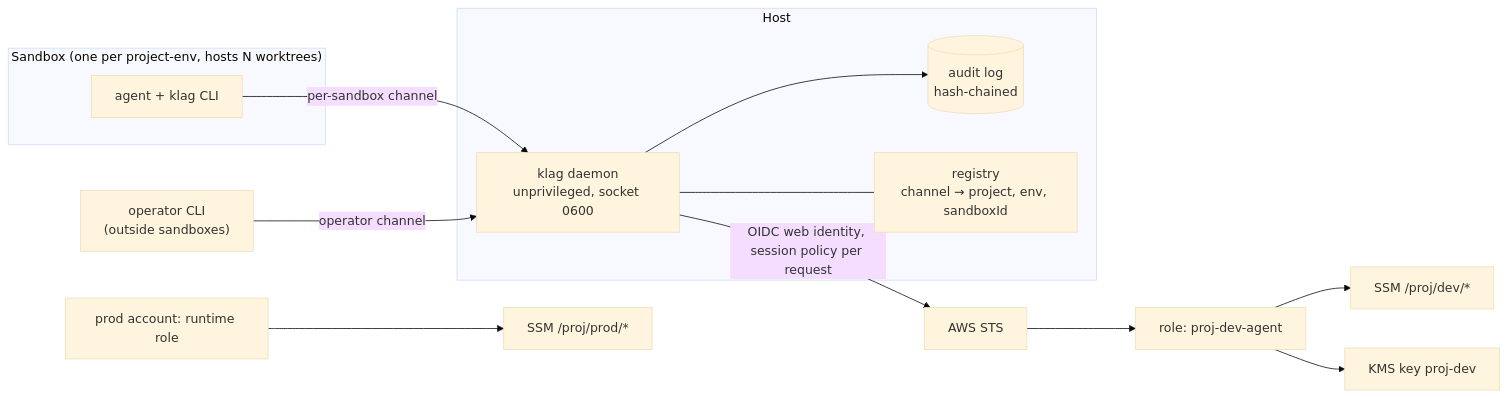
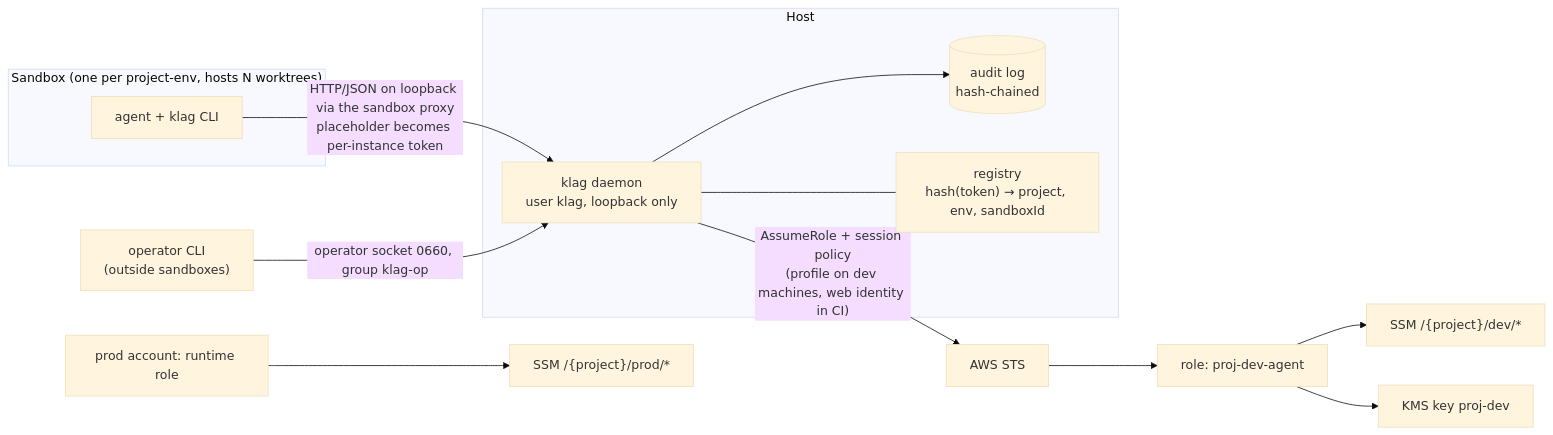
The first of 2 diagrams in SPEC.md (solidareasy/keyless-agents), drawn with Mermaid (base theme) before and after one commit. The commit also changed other lines of this file, not shown here.

Commit message:
docs(spec): token via sandbox proxy, klag user, Identity Center auth, reserved names

````diff
--- a/SPEC.md
+++ b/SPEC.md
@@ -19,21 +19,21 @@
 ```mermaid
 flowchart LR
   subgraph Host
-    D["klag daemon<br/>unprivileged, socket 0600"]
+    D["klag daemon<br/>user klag, loopback only"]
     L[("audit log<br/>hash-chained")]
-    R["registry<br/>channel → project, env, sandboxId"]
+    R["registry<br/>hash(token) → project, env, sandboxId"]
   end
   subgraph SB["Sandbox (one per project-env, hosts N worktrees)"]
     AG["agent + klag CLI"]
   end
   OP["operator CLI<br/>(outside sandboxes)"]
-  AG -- "per-sandbox channel" --> D
-  OP -- "operator channel" --> D
+  AG -- "HTTP/JSON on loopback via the sandbox proxy<br/>placeholder becomes per-instance token" --> D
+  OP -- "operator socket 0660, group klag-op" --> D
   D --- R
   D --> L
-  D -- "OIDC web identity, session policy per request" --> STS[AWS STS]
+  D -- "AssumeRole + session policy<br/>(profile on dev machines, web identity in CI)" --> STS[AWS STS]
   STS --> ROLE["role: proj-dev-agent"]
-  ROLE --> SSM["SSM /proj/dev/*"]
+  ROLE --> SSM["SSM /{project}/dev/*"]
   ROLE --> KMS["KMS key proj-dev"]
-  PRODROLE["prod account: runtime role"] --> SSMP["SSM /proj/prod/*"]
+  PRODROLE["prod account: runtime role"] --> SSMP["SSM /{project}/prod/*"]
 ```
````
